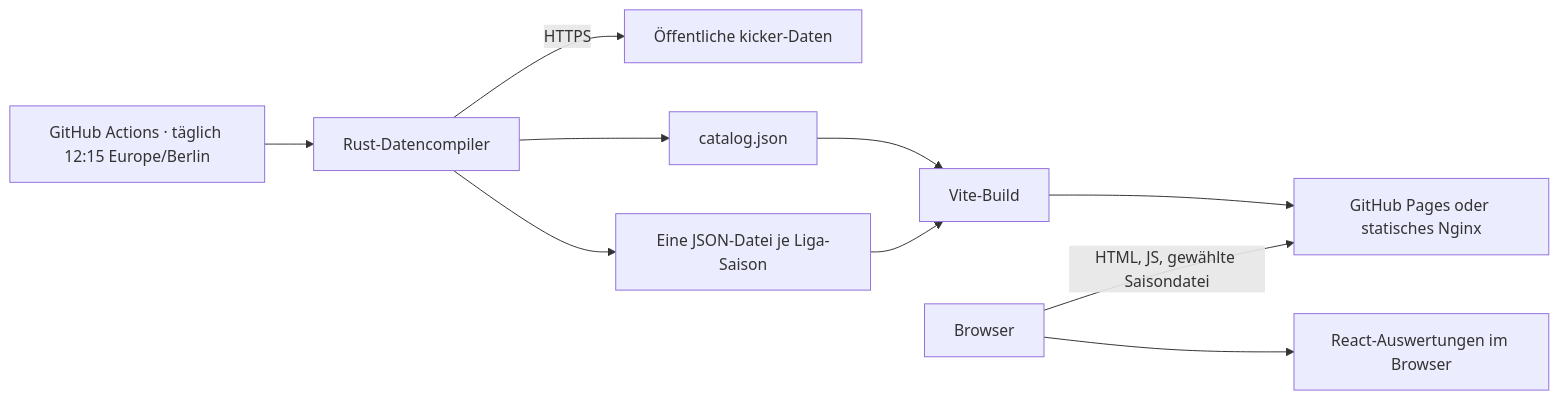
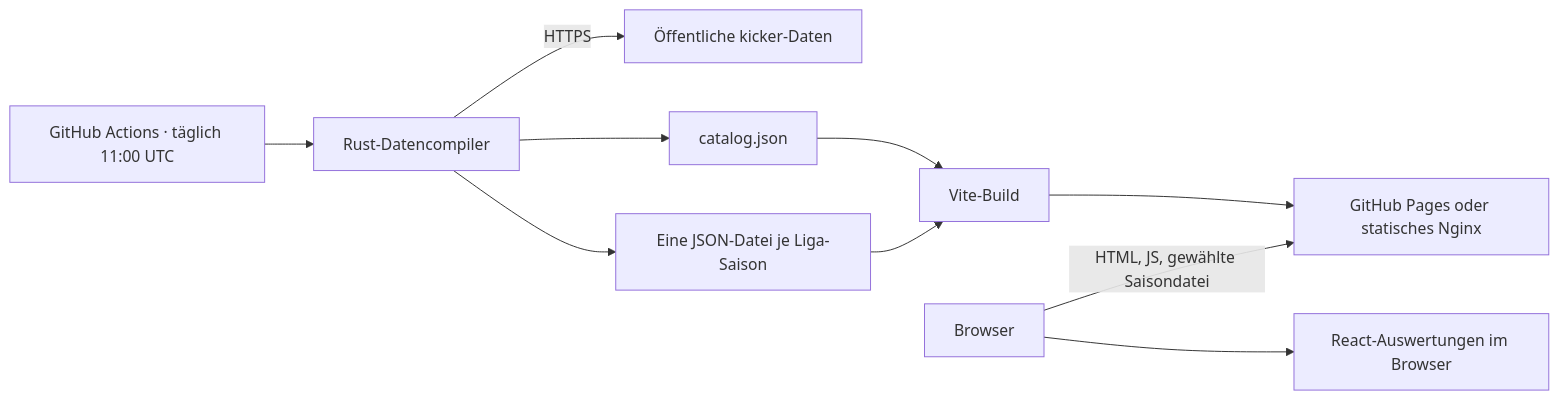
The diagram in docs/architecture.md (gruberb/punktespiegel), drawn with Mermaid before and after one commit. The commit also changed other lines of this file and 42 other files, not shown here.

````diff
--- a/docs/architecture.md
+++ b/docs/architecture.md
@@ -7,12 +7,12 @@
 ```mermaid
 flowchart LR
-  S["GitHub Actions · täglich 12:15 Europe/Berlin"] --> G["Rust-Datencompiler"]
+  S["GitHub Actions · täglich 11:00 UTC"] --> G["Rust-Datencompiler"]
   G -->|"HTTPS"| K["Öffentliche kicker-Daten"]
   G --> C["catalog.json"]
   G --> J["Eine JSON-Datei je Liga-Saison"]
   C --> B["Vite-Build"]
   J --> B
   B --> P["GitHub Pages oder statisches Nginx"]
   U["Browser"] -->|"HTML, JS, gewählte Saisondatei"| P
   U --> R["React-Auswertungen im Browser"]
 ```
````
